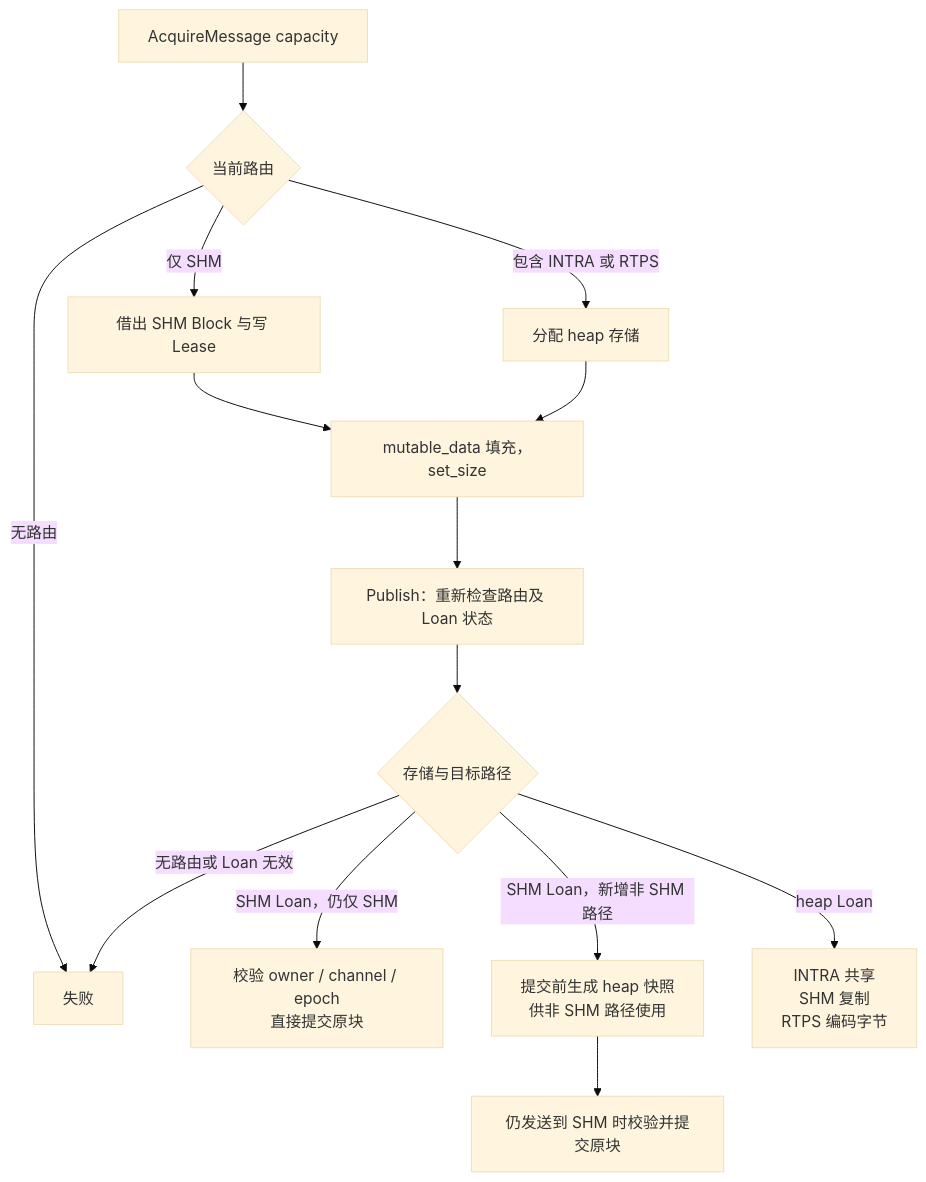
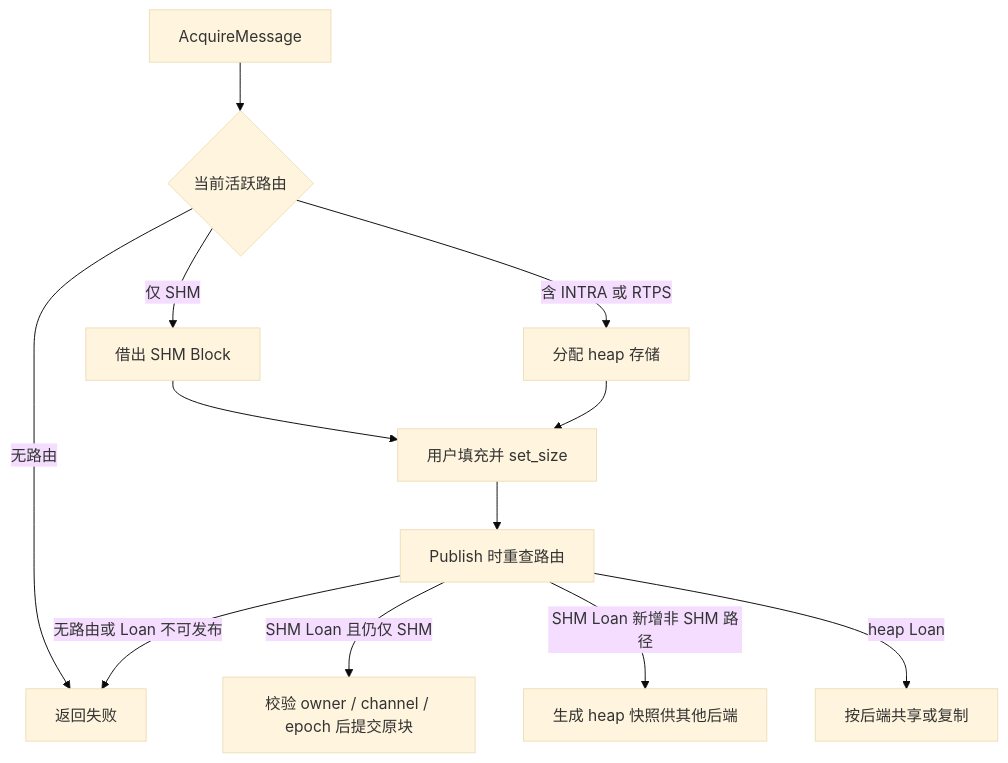
One commit to jzh03/cpp_MINI-CyberRT changed the sixth of 13 diagrams in doc/architecture.md. Above: the diagram before and after it, drawn with Mermaid (base theme). The commit also changed other lines of this file and 13 other files, not shown here.

````diff
--- a/doc/architecture.md
+++ b/doc/architecture.md
@@ -342,16 +239,14 @@
 ```mermaid
 flowchart TD
-    A[AcquireMessage capacity] --> ROUTE{当前路由}
-    ROUTE -->|无路由| FAIL[失败]
-    ROUTE -->|仅 SHM| SHM[借出 SHM Block 与写 Lease]
-    ROUTE -->|包含 INTRA 或 RTPS| HEAP[分配 heap 存储]
-    SHM --> FILL[mutable_data 填充，set_size]
-    HEAP --> FILL
-    FILL --> PUB[Publish：重新检查路由及 Loan 状态]
-    PUB --> CASE{存储与目标路径}
-    CASE -->|SHM Loan，仍仅 SHM| DIRECT["校验 owner / channel / epoch<br/>直接提交原块"]
-    CASE -->|SHM Loan，新增非 SHM 路径| SNAP["提交前生成 heap 快照<br/>供非 SHM 路径使用"]
-    CASE -->|heap Loan| COPY["INTRA 共享<br/>SHM 复制<br/>RTPS 编码字节"]
-    CASE -->|无路由或 Loan 无效| FAIL
-    SNAP --> COMMIT[仍发送到 SHM 时校验并提交原块]
+    A[AcquireMessage] --> R{当前活跃路由}
+    R -->|无路由| F[返回失败]
+    R -->|仅 SHM| S[借出 SHM Block]
+    R -->|含 INTRA 或 RTPS| H[分配 heap 存储]
+    S --> W[用户填充并 set_size]
+    H --> W
+    W --> P[Publish 时重查路由]
+    P -->|SHM Loan 且仍仅 SHM| C[校验 owner / channel / epoch 后提交原块]
+    P -->|SHM Loan 新增非 SHM 路径| X[生成 heap 快照供其他后端]
+    P -->|heap Loan| M[按后端共享或复制]
+    P -->|无路由或 Loan 不可发布| F
 ```
````
